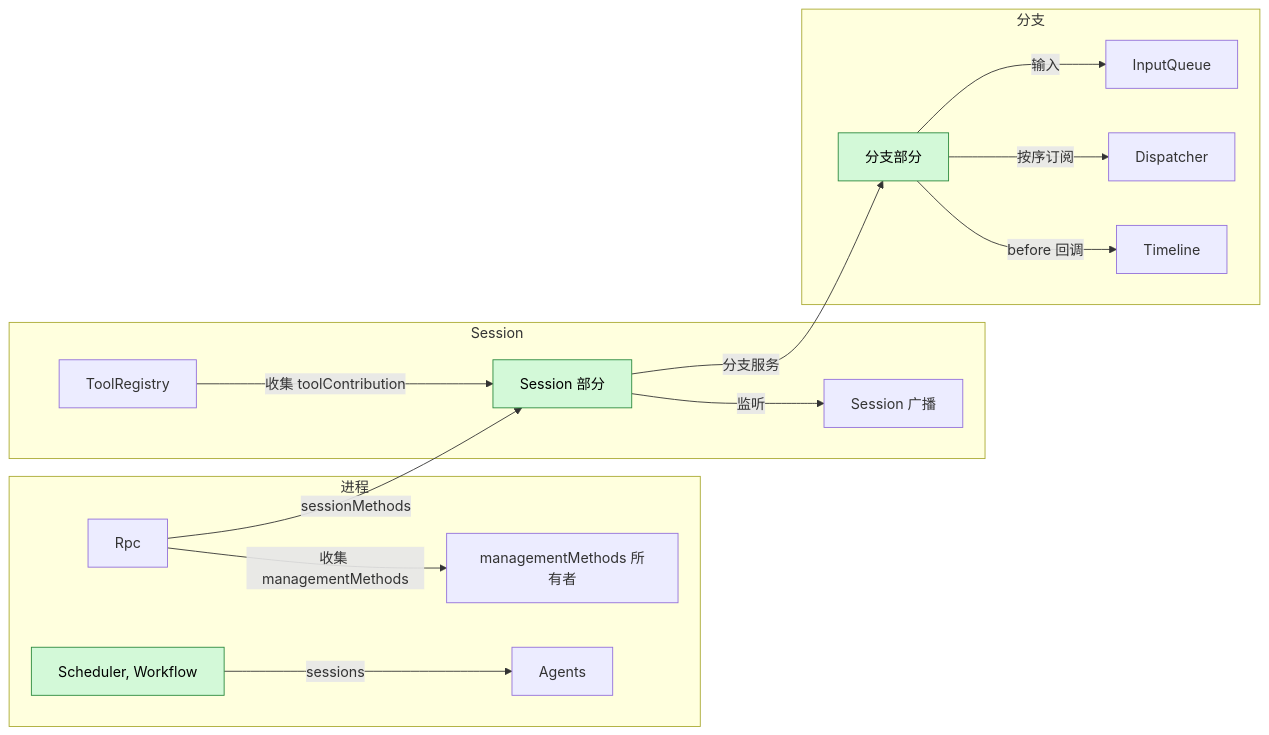
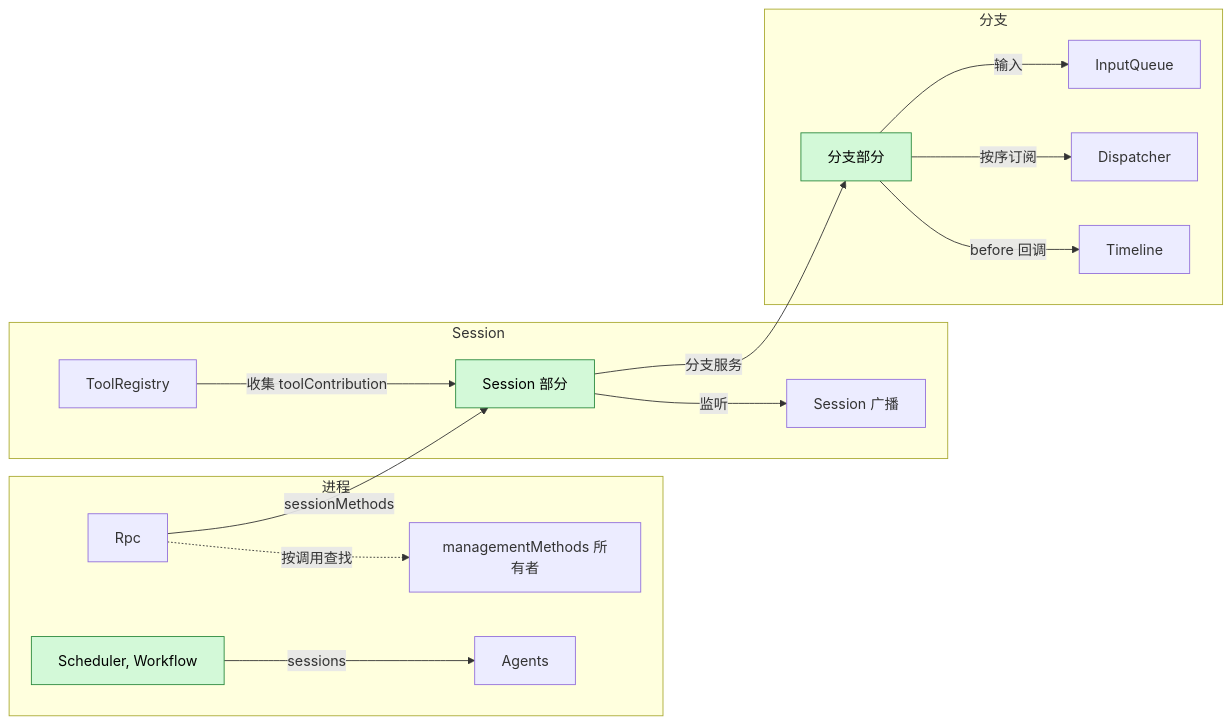
Before and after one commit to CoutinhoTTS/dim-agent: the second of 8 diagrams in docs/zh/design/overview.md, drawn with Mermaid. The commit also changed other lines of this file and 15 other files, not shown here.

First line of the commit message:
docs(design): look up managementMethods per call instead of gating Rpc

````diff
--- a/docs/zh/design/overview.md
+++ b/docs/zh/design/overview.md
@@ -105,31 +105,31 @@
 ```mermaid
 flowchart LR
   classDef new fill:#d3f9d8,stroke:#2b8a3e,color:#000
 
   subgraph PROC["进程"]
     Rpc["Rpc"]
     Agents["Agents"]
     SchedP["Scheduler, Workflow"]:::new
     MM["managementMethods 所有者"]
   end
   subgraph SES["Session"]
     TR["ToolRegistry"]
     BC["Session 广播"]
     SP["Session 部分"]:::new
   end
   subgraph BR["分支"]
     TL["Timeline"]
     DP["Dispatcher"]
     IQ["InputQueue"]
     BP["分支部分"]:::new
   end
-  Rpc -->|"收集 managementMethods"| MM
+  Rpc -.->|"按调用查找"| MM
   Rpc -->|"sessionMethods"| SP
   TR -->|"收集 toolContribution"| SP
   SP -->|"监听"| BC
   BP -->|"before 回调"| TL
   BP -->|"按序订阅"| DP
   BP -->|"输入"| IQ
   SchedP -->|"sessions"| Agents
   SP -->|"分支服务"| BP
 ```
````
